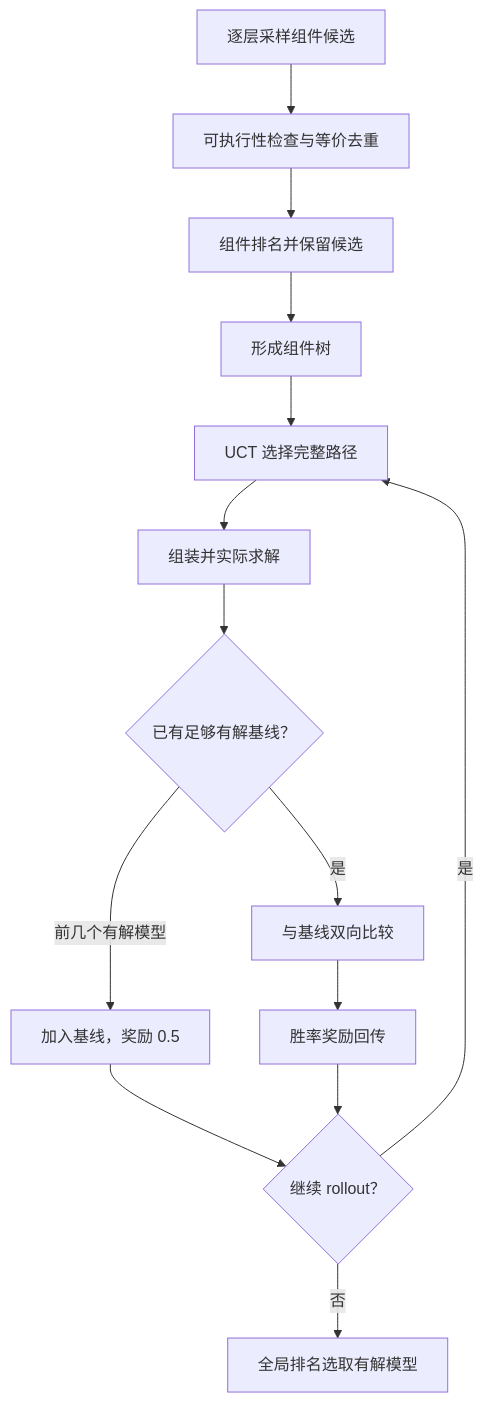
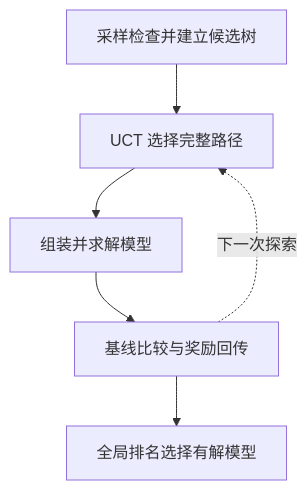
One commit to Fangziyang0910/LLM4OM changed the diagram in website/content/zh/autoformulation.md. Above: the diagram before and after it, drawn with Mermaid. The commit also changed other lines of this file and 231 other files, not shown here.

````diff
--- a/website/content/zh/autoformulation.md
+++ b/website/content/zh/autoformulation.md
@@ -11,16 +11,10 @@
 ```mermaid
 flowchart TB
-  Sample["逐层采样组件候选"] --> Check["可执行性检查与等价去重"]
-  Check --> Rank["组件排名并保留候选"]
-  Rank --> Tree["形成组件树"]
-  Tree --> Select["UCT 选择完整路径"]
-  Select --> Solve["组装并实际求解"]
-  Solve --> Baseline{"已有足够有解基线？"}
-  Baseline -->|前几个有解模型| Warmup["加入基线，奖励 0.5"]
-  Baseline -->|是| Compare["与基线双向比较"]
-  Compare --> Back["胜率奖励回传"]
-  Warmup --> More{"继续 rollout？"}
-  Back --> More
-  More -->|是| Select
-  More -->|否| Final["全局排名选取有解模型"]
+  Sample["采样检查并建立候选树"]
+  Select["UCT 选择完整路径"]
+  Solve["组装并求解模型"]
+  Compare["基线比较与奖励回传"]
+  Final["全局排名选择有解模型"]
+  Sample --> Select --> Solve --> Compare --> Final
+  Compare -.->|下一次探索| Select
 ```
````
